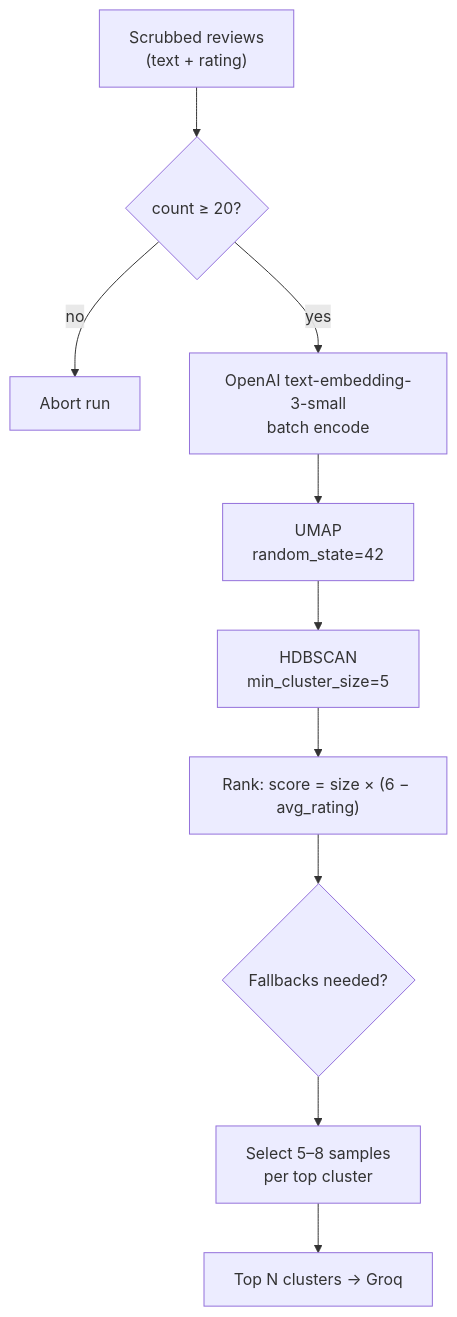
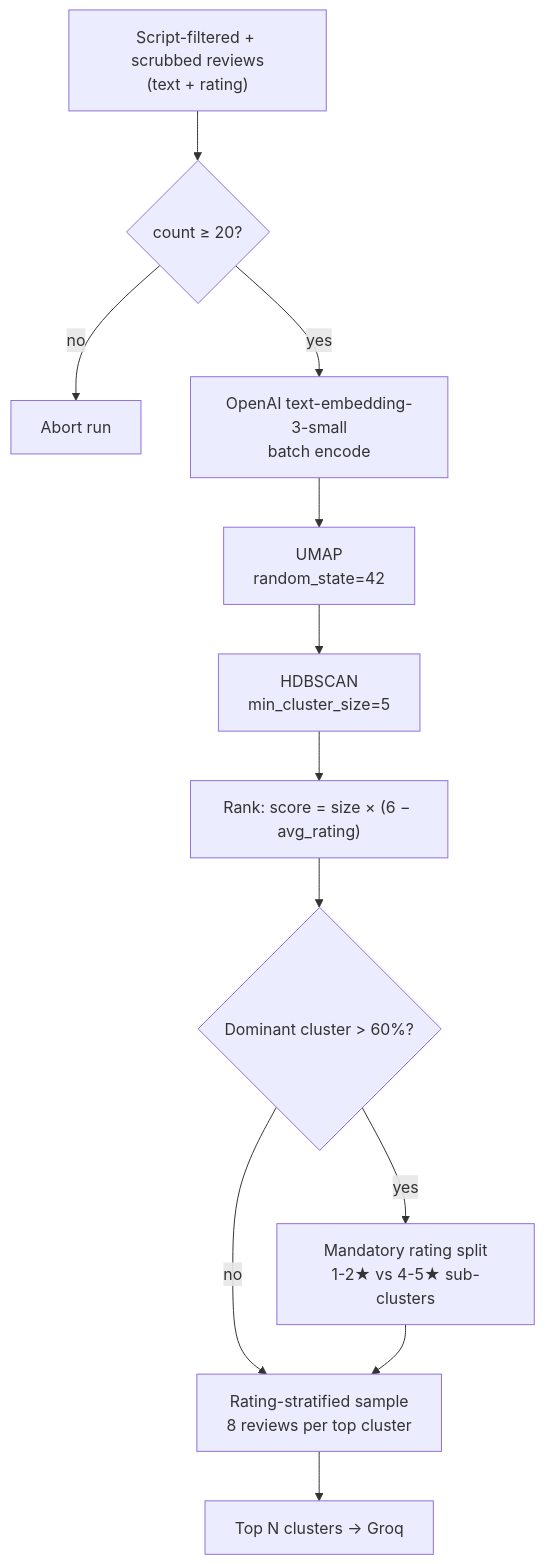
The fourth of 5 diagrams in docs/architecture.md (Shekhu07/Weekly_Pulse), drawn with Mermaid before and after one commit. The commit also changed other lines of this file and 10 other files, not shown here.

````diff
--- a/docs/architecture.md
+++ b/docs/architecture.md
@@ -302,12 +316,14 @@
 ```mermaid
 flowchart TD
-    A["Scrubbed reviews<br/>(text + rating)"] --> B{"count ≥ 20?"}
+    A["Script-filtered + scrubbed reviews<br/>(text + rating)"] --> B{"count ≥ 20?"}
     B -- "no" --> C["Abort run"]
     B -- "yes" --> D["OpenAI text-embedding-3-small<br/>batch encode"]
     D --> E["UMAP<br/>random_state=42"]
     E --> F["HDBSCAN<br/>min_cluster_size=5"]
     F --> G["Rank: score = size × (6 − avg_rating)"]
-    G --> H{"Fallbacks needed?"}
-    H --> I["Select 5–8 samples<br/>per top cluster"]
+    G --> H{"Dominant cluster > 60%?"}
+    H -- "yes" --> HA["Mandatory rating split<br/>1-2★ vs 4-5★ sub-clusters"]
+    H -- "no" --> I["Rating-stratified sample<br/>8 reviews per top cluster"]
+    HA --> I
     I --> J["Top N clusters → Groq"]
 ```
````
